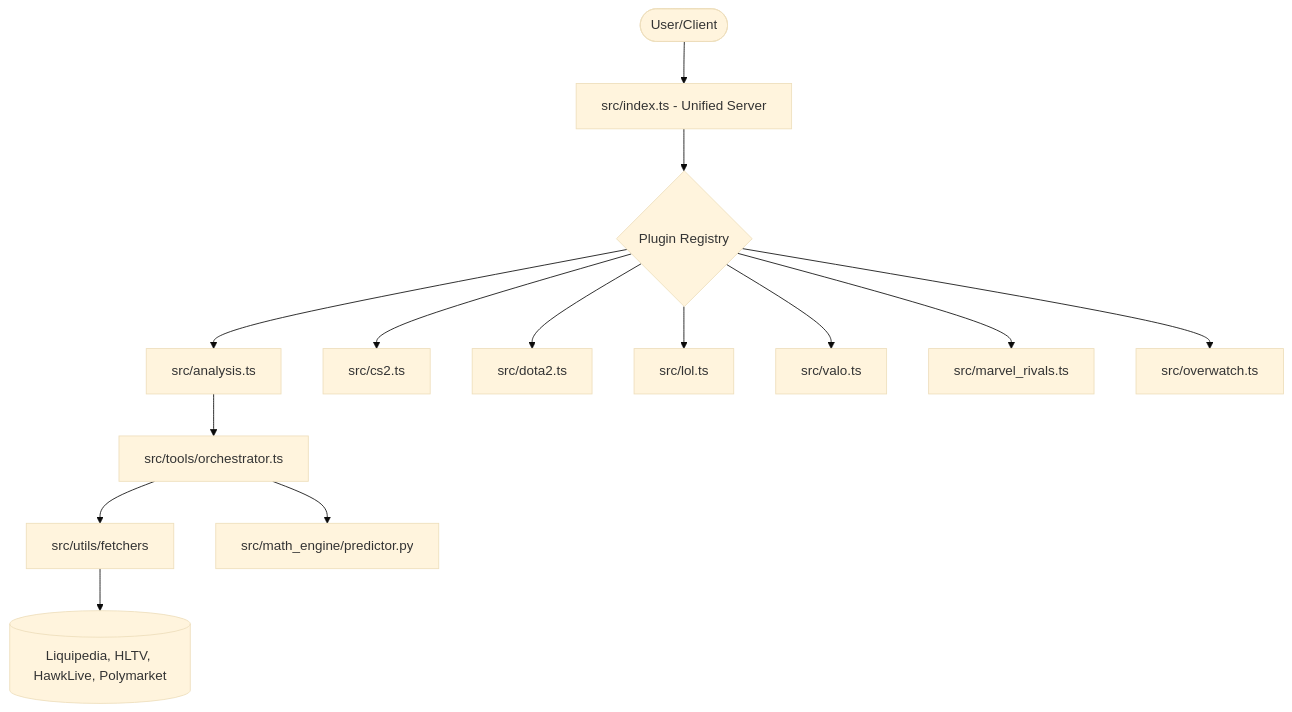
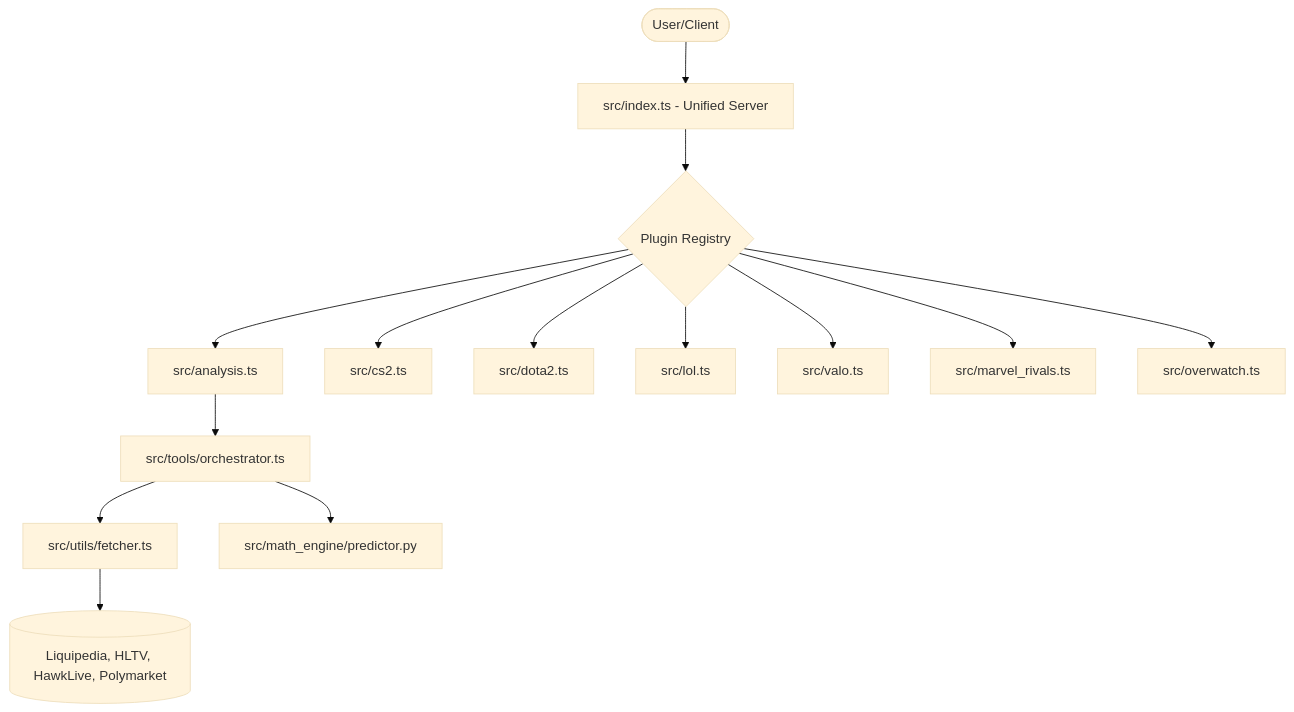
One commit to thekogit/esports-data-mcp changed the diagram in README.md. Above: the diagram before and after it, drawn with Mermaid (base theme). The commit also changed 1 other file, not shown here.

Commit message:
fix: resolve module resolution and correct README

````diff
--- a/README.md
+++ b/README.md
@@ -22,18 +22,18 @@
 ```mermaid
 graph TD
     User([User/Client]) --> Index[src/index.ts - Unified Server]
     Index --> Registry{Plugin Registry}
     Registry --> Analysis[src/analysis.ts]
     Registry --> CS2[src/cs2.ts]
     Registry --> Dota2[src/dota2.ts]
     Registry --> LoL[src/lol.ts]
     Registry --> Valo[src/valo.ts]
     Registry --> Rivals[src/marvel_rivals.ts]
     Registry --> OW[src/overwatch.ts]
     
     Analysis --> Orchestrator[src/tools/orchestrator.ts]
-    Orchestrator --> Fetchers[src/utils/fetchers]
+    Orchestrator --> Fetchers[src/utils/fetcher.ts]
     Orchestrator --> MathEngine[src/math_engine/predictor.py]
     
     Fetchers --> Sources[(Liquipedia, HLTV, HawkLive, Polymarket)]
 ```
````
